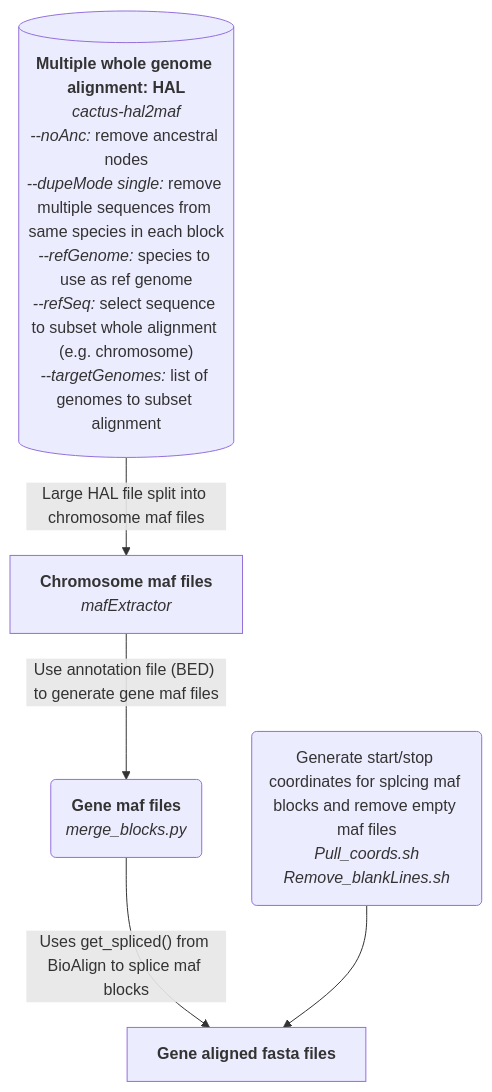
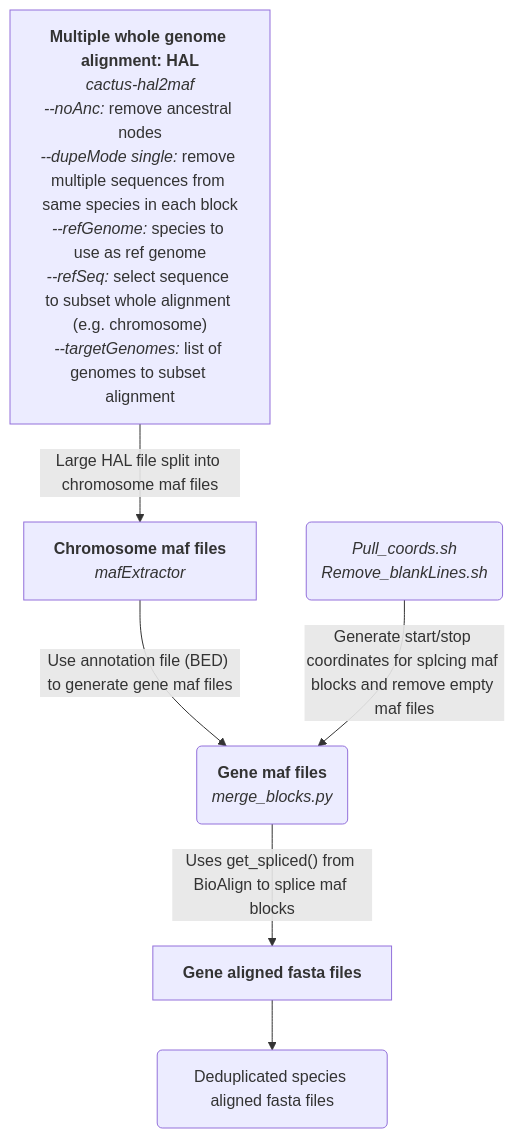
The diagram in README.md (mileswhedbee/RERconverge_pipeline), drawn with Mermaid before and after one commit.

````diff
--- a/README.md
+++ b/README.md
@@ -6,17 +6,17 @@
 ```mermaid
 graph TD;
-    A[("`**Multiple whole genome alignment: HAL**
+    A["`**Multiple whole genome alignment: HAL**
        _cactus-hal2maf_
        _--noAnc:_ remove ancestral nodes
        _--dupeMode single:_ remove multiple sequences from same species in each block
        _--refGenome:_ species to use as ref genome
        _--refSeq:_ select sequence to subset whole alignment (e.g. chromosome)
-       _--targetGenomes:_ list of genomes to subset alignment`")]--Large HAL file split into chromosome maf files-->B["`**Chromosome maf files**
+       _--targetGenomes:_ list of genomes to subset alignment`"]--Large HAL file split into chromosome maf files-->B["`**Chromosome maf files**
        _mafExtractor_`"];
     B--Use annotation file (BED) to generate gene maf files-->C("`**Gene maf files**
        _merge_blocks.py_`");
     C--Uses get_spliced() from BioAlign to splice maf blocks-->D["`**Gene aligned fasta files**`"];
-    E("`Generate start/stop coordinates for splcing maf blocks and remove empty maf files
-        _Pull_coords.sh_
-        _Remove_blankLines.sh_`")-->D;
+    E("`_Pull_coords.sh_
+        _Remove_blankLines.sh_`")--Generate start/stop coordinates for splcing maf blocks and remove empty maf files-->C;
+    D-->F(Deduplicated species aligned fasta files)
 ```
````
